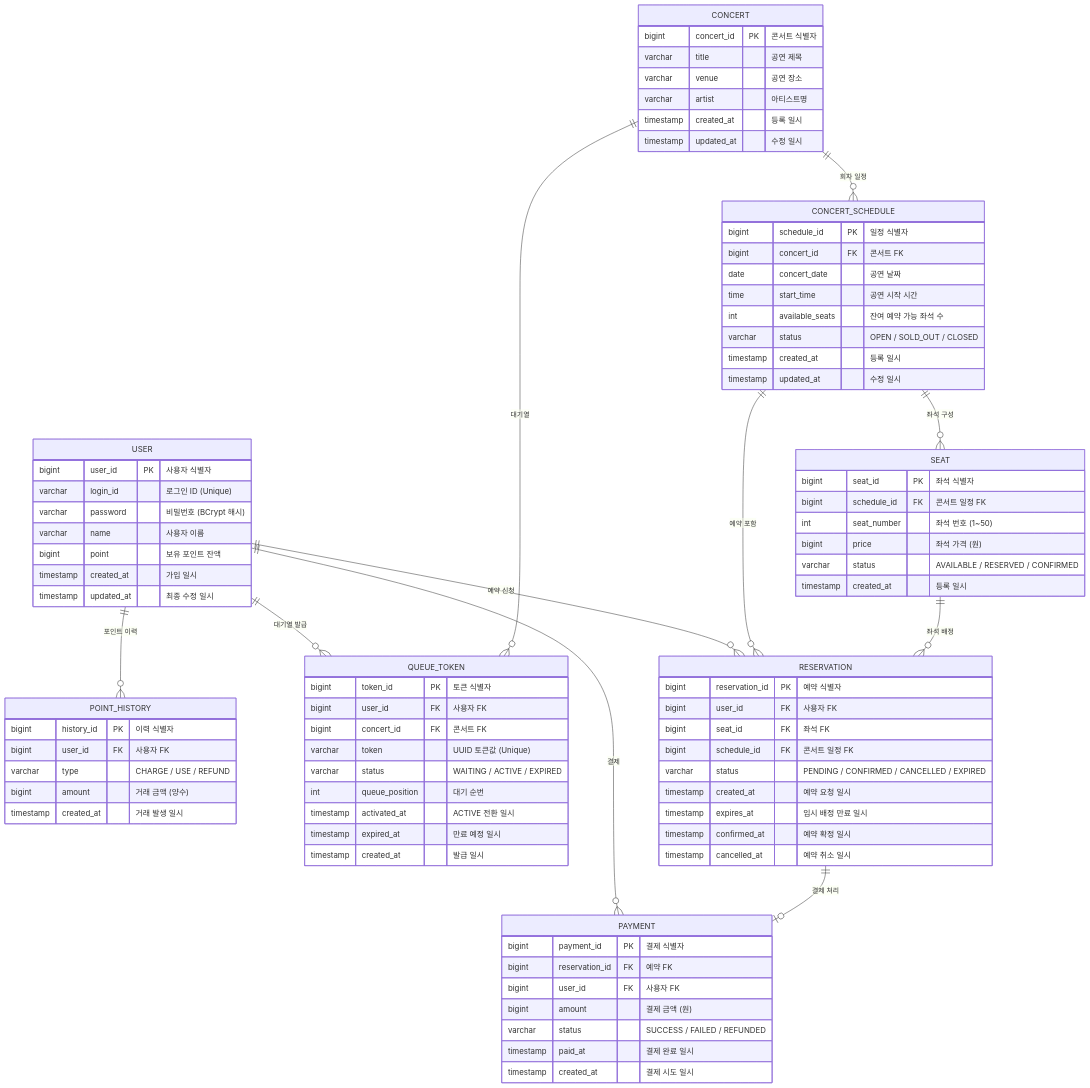
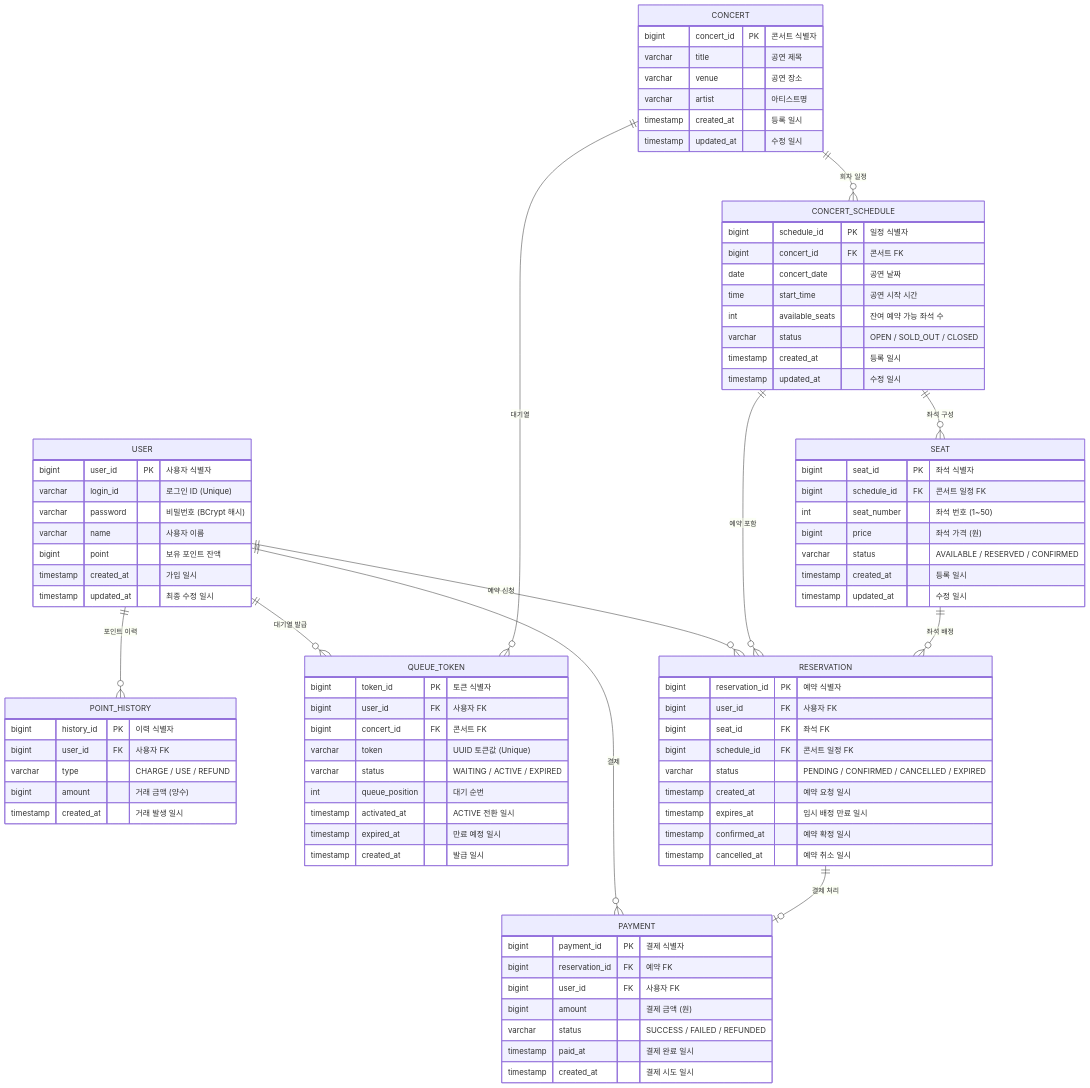
The diagram in docs/erd/erd.md (Jin0207/hhplus-concert-server), drawn with Mermaid before and after one commit. The commit also changed 2 other files, not shown here.

Commit message:
feat: Seat 도메인에 updatedAt 필드 추가 및 ERD 반영

```diff
--- a/docs/erd/erd.md
+++ b/docs/erd/erd.md
@@ -63,6 +63,7 @@
     bigint price "좌석 가격 (원)"
     varchar status "AVAILABLE / RESERVED / CONFIRMED"
     timestamp created_at "등록 일시"
+    timestamp updated_at "수정 일시"
   }
 
   RESERVATION {
```
